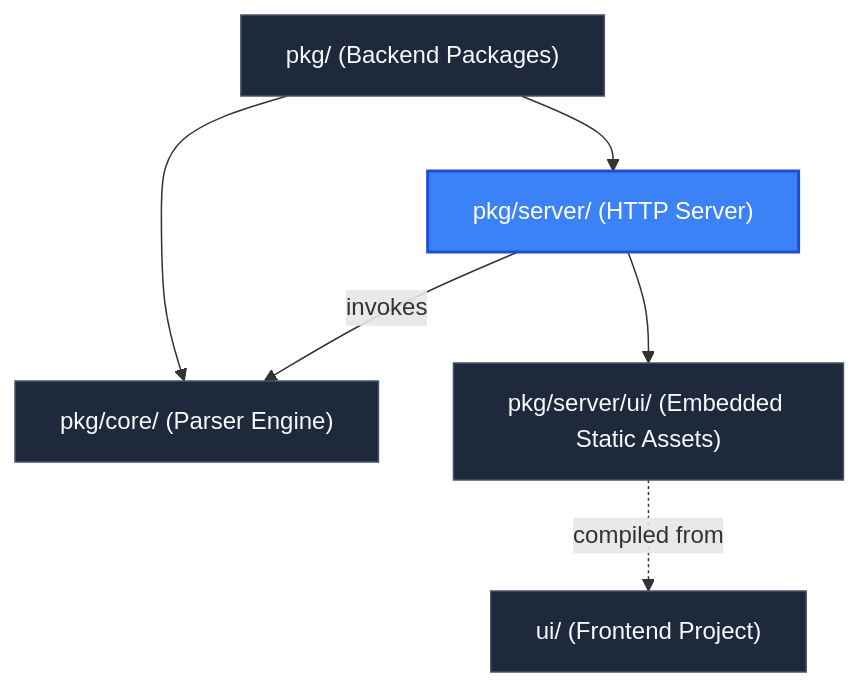
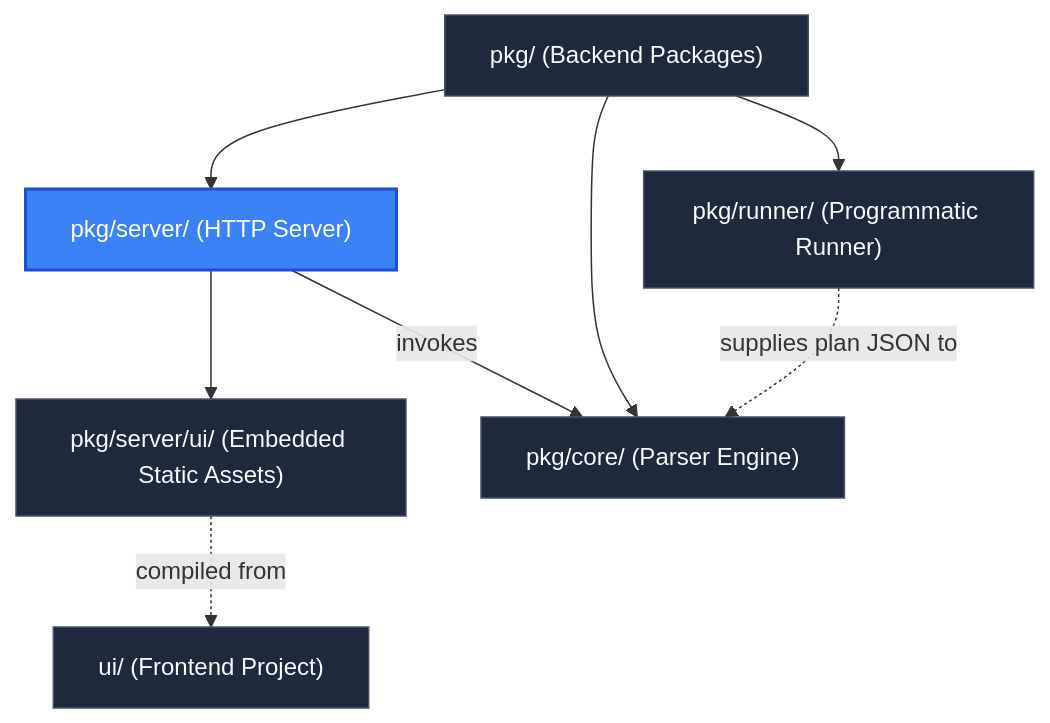
The third of 3 diagrams in pkg/server/README.md (AatirNadim/plan-parse), drawn with Mermaid before and after one commit. The commit also changed other lines of this file and 6 other files, not shown here.

First line of the commit message:
refactor: Revamp UI documentation and component architecture for Developer Workbench

````diff
--- a/pkg/server/README.md
+++ b/pkg/server/README.md
@@ -137,17 +154,20 @@
 ```mermaid
 flowchart TD
     PKG["pkg/ (Backend Packages)"]:::node
     SERVER["pkg/server/ (HTTP Server)"]:::current
     CORE["pkg/core/ (Parser Engine)"]:::node
+    RUNNER["pkg/runner/ (Programmatic Runner)"]:::node
     SERVER_UI["pkg/server/ui/ (Embedded Static Assets)"]:::node
     UI["ui/ (Frontend Project)"]:::node
 
     PKG --> SERVER
     PKG --> CORE
+    PKG --> RUNNER
     SERVER --> SERVER_UI
     SERVER -->|invokes| CORE
+    RUNNER -.->|supplies plan JSON to| CORE
     SERVER_UI -.->|compiled from| UI
 
     classDef current fill:#3b82f6,stroke:#1d4ed8,stroke-width:2px,color:#ffffff;
     classDef node fill:#1e293b,stroke:#475569,stroke-width:1px,color:#f8fafc;
 ```
````
